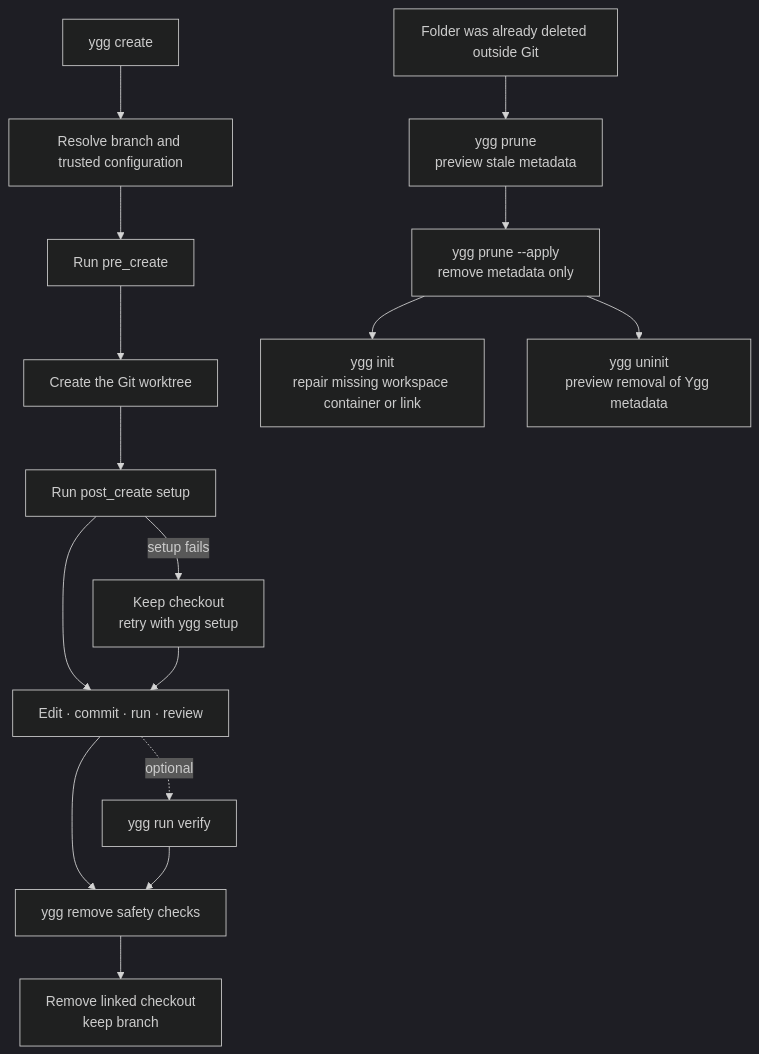
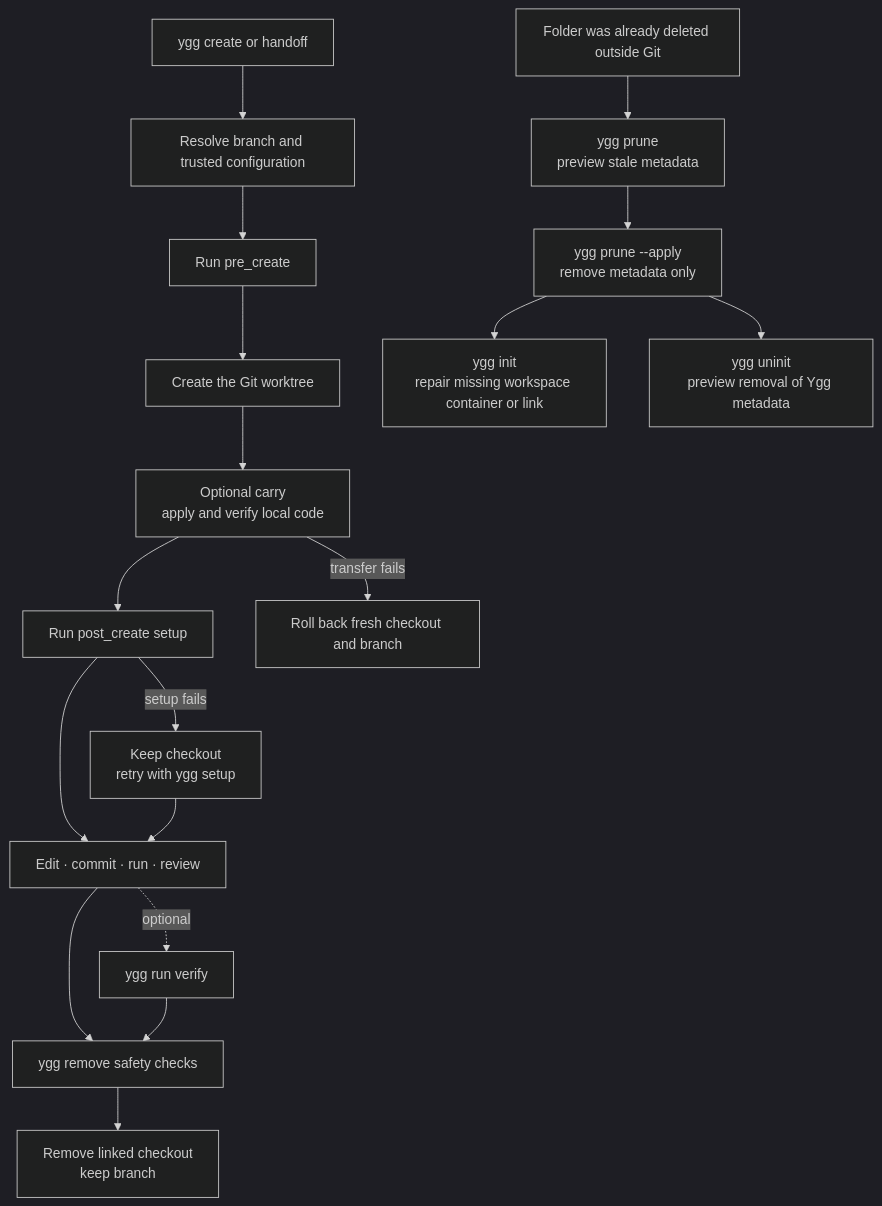
The third of 3 diagrams in docs/worktrees.md (phillippbertram/wald-worktree), drawn with Mermaid (dark theme) before and after one commit. The commit also changed other lines of this file and 28 other files, not shown here.

Commit message:
feat(worktree): add rename carry and handoff workflows

````diff
--- a/docs/worktrees.md
+++ b/docs/worktrees.md
@@ -204,20 +231,22 @@
 ```mermaid
 flowchart TB
-    Request["ygg create"] --> Resolve["Resolve branch and trusted configuration"]
+    Request["ygg create or handoff"] --> Resolve["Resolve branch and trusted configuration"]
     Resolve --> Pre["Run pre_create"]
     Pre --> Add["Create the Git worktree"]
-    Add --> Post["Run post_create setup"]
+    Add --> Carry["Optional carry<br/>apply and verify local code"]
+    Carry --> Post["Run post_create setup"]
+    Carry -- transfer fails --> Rollback["Roll back fresh checkout and branch"]
     Post --> Ready["Edit · commit · run · review"]
     Post -- setup fails --> Retry["Keep checkout<br/>retry with ygg setup"]
     Retry --> Ready
     Ready --> Inspect["ygg remove safety checks"]
     Ready -. optional .-> Verify["ygg run verify"]
     Verify --> Inspect
     Inspect --> Remove["Remove linked checkout<br/>keep branch"]
 
     Missing["Folder was already deleted outside Git"] --> Preview["ygg prune<br/>preview stale metadata"]
     Preview --> Apply["ygg prune --apply<br/>remove metadata only"]
 
     Apply --> Repair["ygg init<br/>repair missing workspace container or link"]
     Apply --> Uninit["ygg uninit<br/>preview removal of Ygg metadata"]
 ```
````
